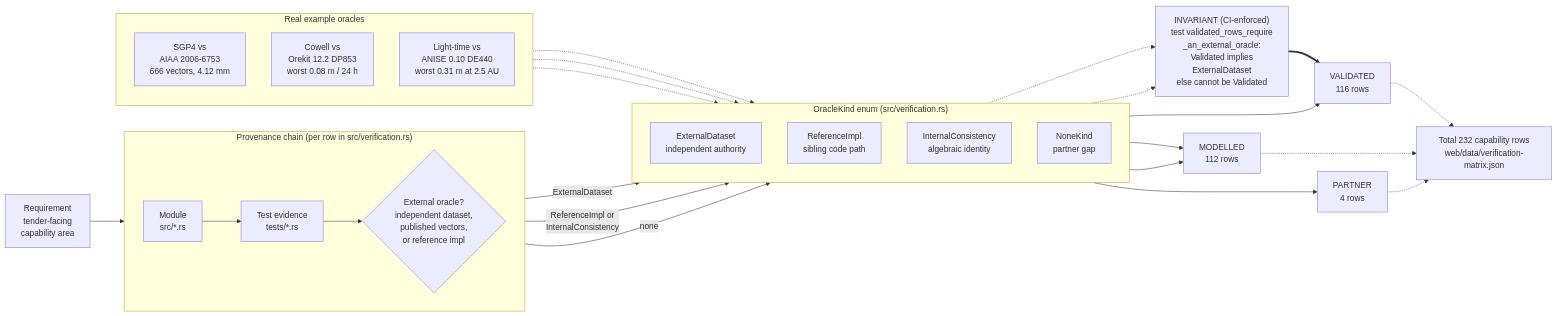
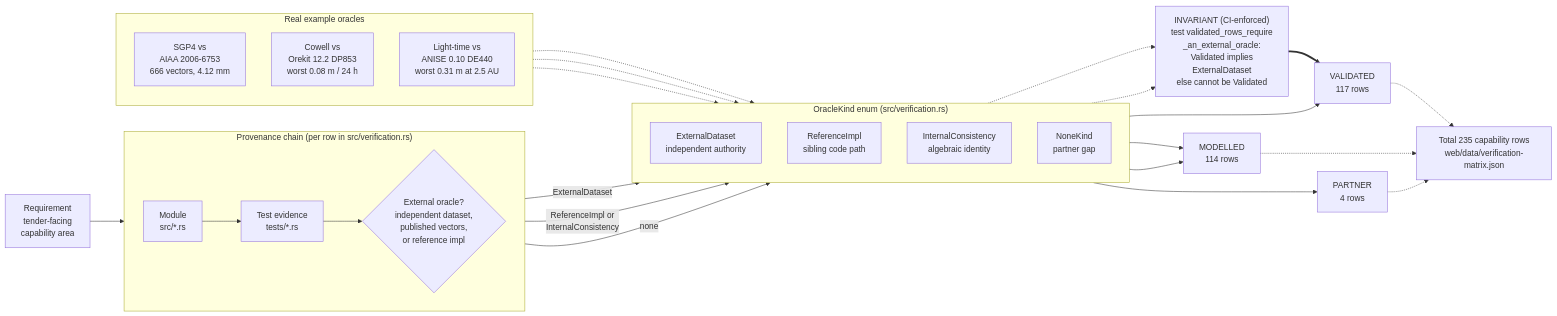
One commit to ashfordeOU/kshana changed the diagram in docs/diagrams/validation-provenance.mmd. Above: the diagram before and after it, drawn with Mermaid. The commit also changed 26 other files, not shown here.

```diff
--- a/docs/diagrams/validation-provenance.mmd
+++ b/docs/diagrams/validation-provenance.mmd
@@ -1,49 +1,49 @@
 flowchart LR
     REQ["Requirement<br/>tender-facing<br/>capability area"]
 
     subgraph CHAIN["Provenance chain (per row in src/verification.rs)"]
         direction LR
         MOD["Module<br/>src/*.rs"]
         TST["Test evidence<br/>tests/*.rs"]
         ORA{"External oracle?<br/>independent dataset,<br/>published vectors,<br/>or reference impl"}
     end
 
     REQ --> MOD --> TST --> ORA
 
     subgraph KINDS["OracleKind enum (src/verification.rs)"]
         direction TD
         EXT["ExternalDataset<br/>independent authority"]
         REF["ReferenceImpl<br/>sibling code path"]
         INT["InternalConsistency<br/>algebraic identity"]
         NON["NoneKind<br/>partner gap"]
     end
 
     ORA -->|ExternalDataset| EXT
     ORA -->|"ReferenceImpl or<br/>InternalConsistency"| INT
     ORA -->|none| NON
 
     GUARD["INVARIANT (CI-enforced)<br/>test validated_rows_require<br/>_an_external_oracle:<br/>Validated implies<br/>ExternalDataset<br/>else cannot be Validated"]
     EXT -.-> GUARD
     INT -.-> GUARD
 
-    EXT --> VAL["VALIDATED<br/>116 rows"]
-    REF --> MDL["MODELLED<br/>112 rows"]
+    EXT --> VAL["VALIDATED<br/>117 rows"]
+    REF --> MDL["MODELLED<br/>114 rows"]
     INT --> MDL
     NON --> PRT["PARTNER<br/>4 rows"]
     GUARD ==> VAL
 
     subgraph EX["Real example oracles"]
         direction TD
         E1["SGP4 vs<br/>AIAA 2006-6753<br/>666 vectors, 4.12 mm"]
         E2["Cowell vs<br/>Orekit 12.2 DP853<br/>worst 0.08 m / 24 h"]
         E3["Light-time vs<br/>ANISE 0.10 DE440<br/>worst 0.31 m at 2.5 AU"]
     end
 
     E1 -.-> EXT
     E2 -.-> EXT
     E3 -.-> EXT
 
-    TOTAL["Total 232 capability rows<br/>web/data/verification-matrix.json"]
+    TOTAL["Total 235 capability rows<br/>web/data/verification-matrix.json"]
     VAL -.-> TOTAL
     MDL -.-> TOTAL
     PRT -.-> TOTAL
```
